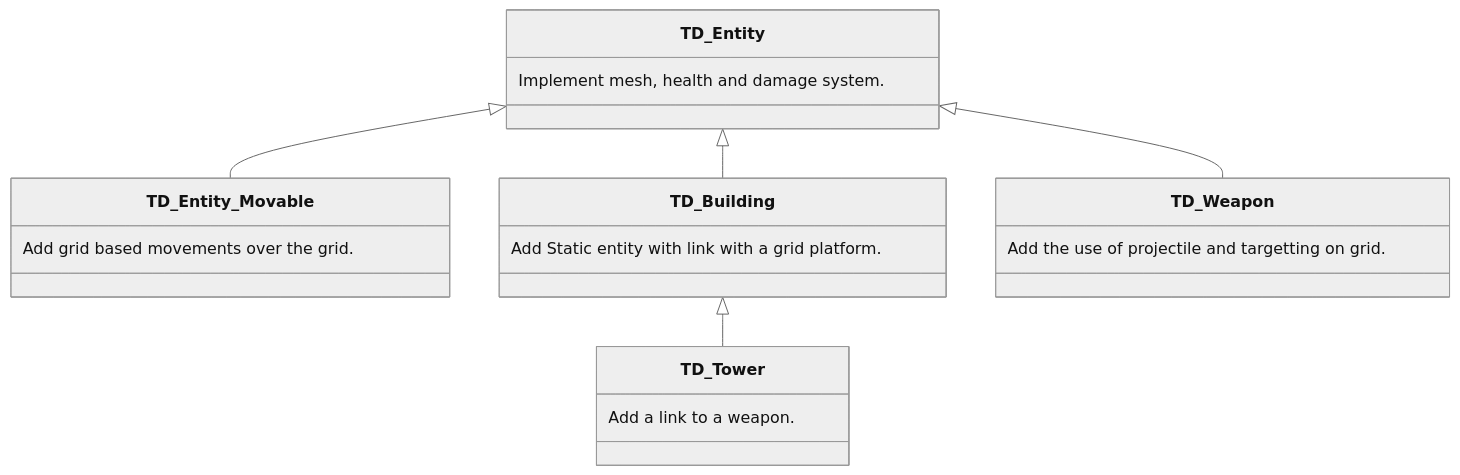
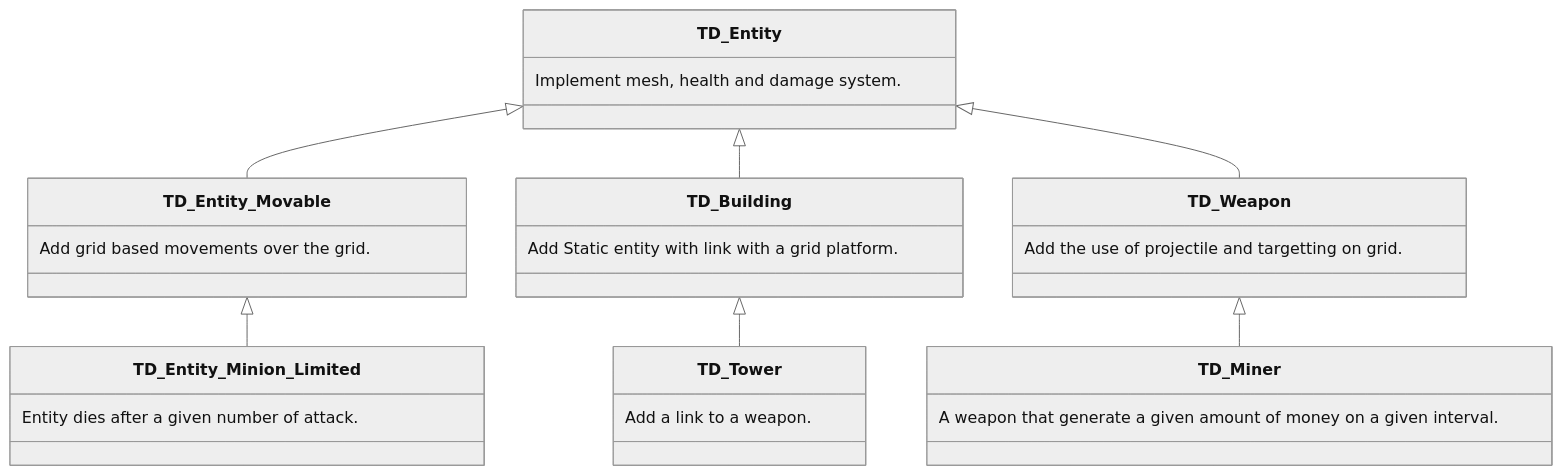
One commit to l0th3r/TD-Template changed the first of 3 diagrams in Classes_Inheritance.md. Above: the diagram before and after it, drawn with Mermaid (neutral theme).

Commit message:
Add TD_Miner and TD_Entity_Minion_Limited to the graph.

````diff
--- a/Classes_Inheritance.md
+++ b/Classes_Inheritance.md
@@ -9,23 +9,31 @@
 ```mermaid
  classDiagram
       TD_Entity <|-- TD_Entity_Movable
       TD_Entity <|-- TD_Building
       TD_Entity <|-- TD_Weapon
+      TD_Entity_Movable <|-- TD_Entity_Minion_Limited
+      TD_Weapon <|-- TD_Miner
       
       TD_Building <|-- TD_Tower
  
       class TD_Entity
         TD_Entity: Implement mesh, health and damage system.
       
       class TD_Entity_Movable
         TD_Entity_Movable: Add grid based movements over the grid.
         
       class TD_Weapon
         TD_Weapon: Add the use of projectile and targetting on grid.
         
       class TD_Building
         TD_Building: Add Static entity with link with a grid platform.
       
       class TD_Tower
         TD_Tower: Add a link to a weapon.
+        
+      class TD_Entity_Minion_Limited
+        TD_Entity_Minion_Limited : Entity dies after a given number of attack.
+        
+      class TD_Miner
+        TD_Miner : A weapon that generate a given amount of money on a given interval.
 ```
````
